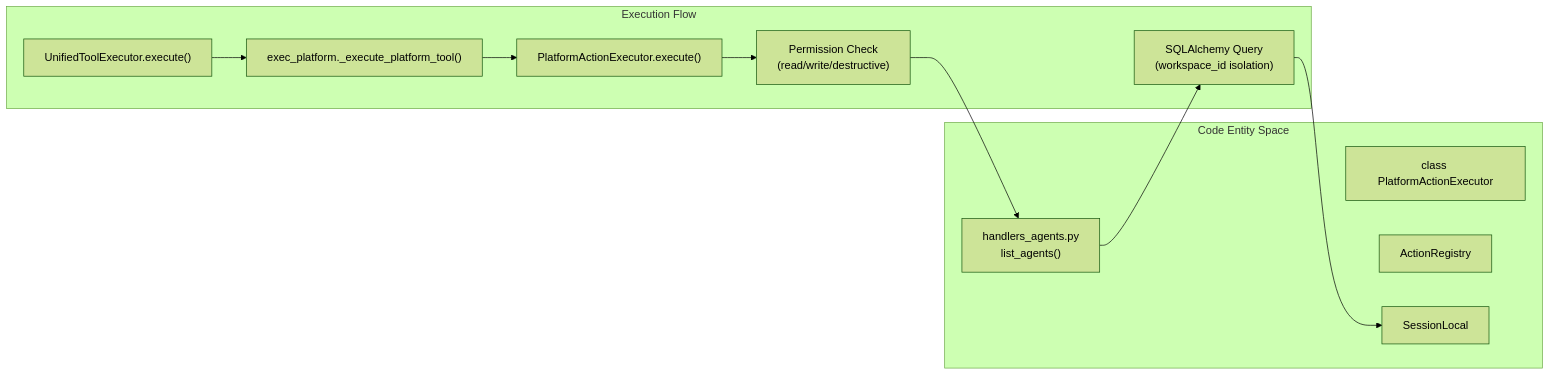
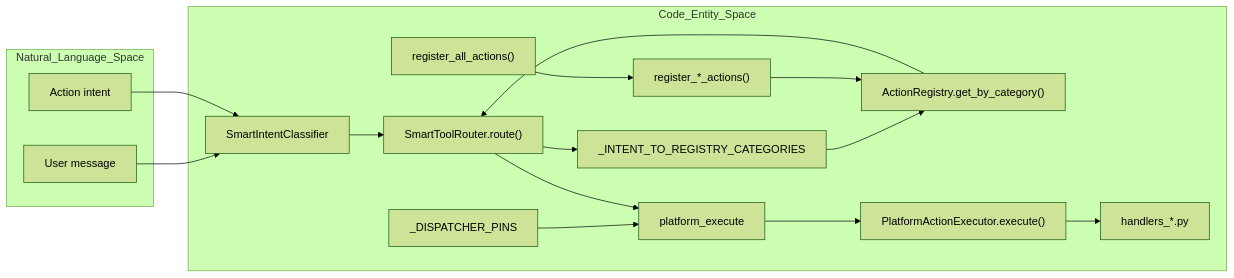
One commit to AutomatosAI/automatos-ai changed the first of 4 diagrams in docs/platform-actions/platform-action-system.md. Above: the diagram before and after it, drawn with Mermaid (forest theme). The commit also changed other lines of this file and 188 other files, not shown here.

First line of the commit message:
docs: refresh architecture docs and add coverage for new subsystems (#1416)

````diff
--- a/docs/platform-actions/platform-action-system.md
+++ b/docs/platform-actions/platform-action-system.md
@@ -113,24 +43,33 @@
 ```mermaid
-graph LR
-    subgraph "Code Entity Space"
-        Executor["class PlatformActionExecutor"]
-        Handler["handlers_agents.py<br/>list_agents()"]
-        Registry["ActionRegistry"]
-        DB["SessionLocal"]
+flowchart LR
+    subgraph "Natural_Language_Space"
+        UserMessage["User message"]
+        ActionIntent["Action intent"]
     end
 
-    subgraph "Execution Flow"
-        Call["UnifiedToolExecutor.execute()"]
-        ExecPlatform["exec_platform._execute_platform_tool()"]
-        Dispatch["PlatformActionExecutor.execute()"]
-        Perm["Permission Check<br/>(read/write/destructive)"]
-        SQL["SQLAlchemy Query<br/>(workspace_id isolation)"]
+    subgraph "Code_Entity_Space"
+        IntentClassifier["SmartIntentClassifier"]
+        SmartToolRouter["SmartToolRouter.route()"]
+        IntentCategories["_INTENT_TO_REGISTRY_CATEGORIES"]
+        ActionRegistry["ActionRegistry.get_by_category()"]
+        RegisterAll["register_all_actions()"]
+        DomainRegistrars["register_*_actions()"]
+        DispatcherPin["_DISPATCHER_PINS"]
+        PlatformExecute["platform_execute"]
+        PlatformActionExecutor["PlatformActionExecutor.execute()"]
+        DomainHandlers["handlers_*.py"]
+
+        UserMessage --> IntentClassifier
+        IntentClassifier --> SmartToolRouter
+        SmartToolRouter --> IntentCategories
+        IntentCategories --> ActionRegistry
+        RegisterAll --> DomainRegistrars
+        DomainRegistrars --> ActionRegistry
+        ActionRegistry --> SmartToolRouter
+        DispatcherPin --> PlatformExecute
+        SmartToolRouter --> PlatformExecute
+        PlatformExecute --> PlatformActionExecutor
+        PlatformActionExecutor --> DomainHandlers
+        ActionIntent --> IntentClassifier
     end
-
-    Call --> ExecPlatform
-    ExecPlatform --> Dispatch
-    Dispatch --> Perm
-    Perm --> Handler
-    Handler --> SQL
-    SQL --> DB
 ```
````
